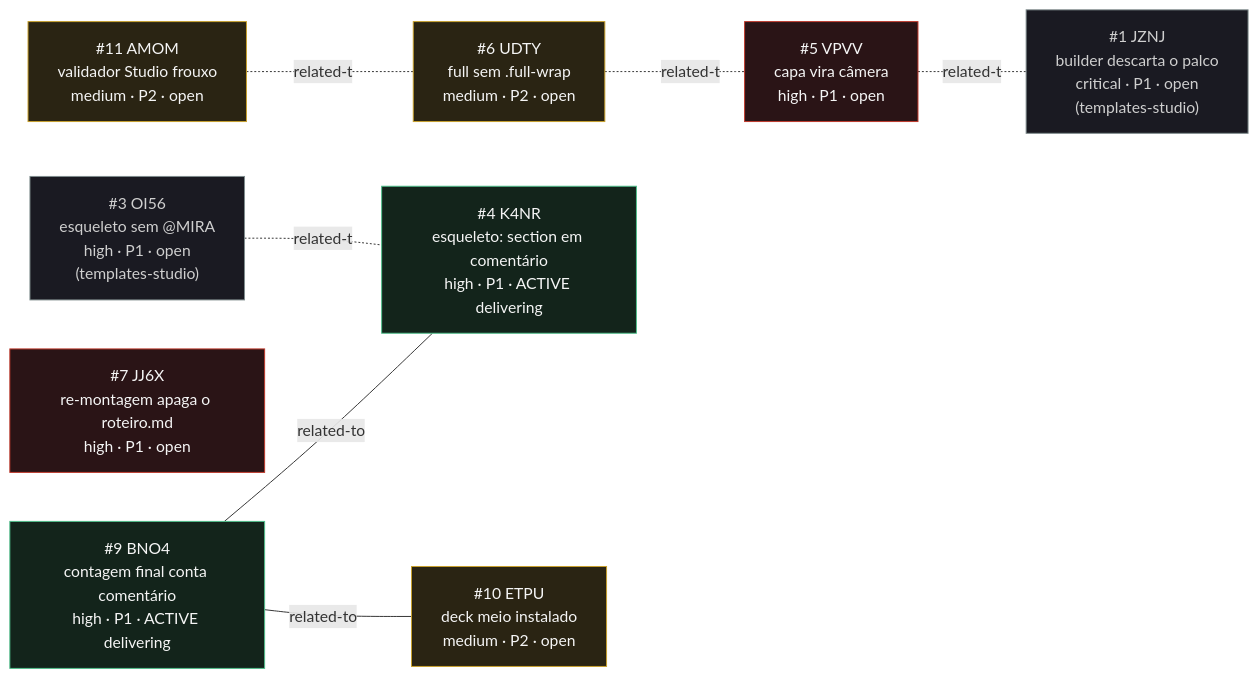
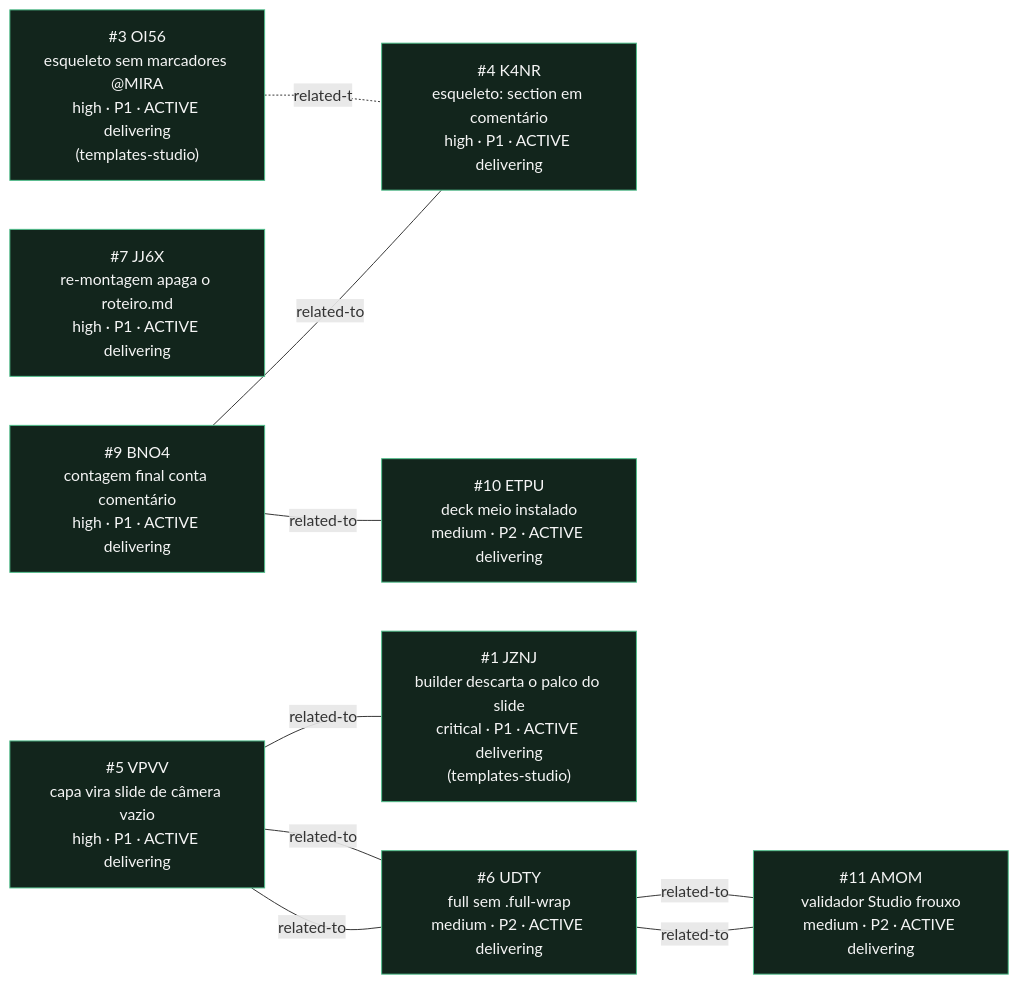
The diagram in _reversa_bugs/mira-fast/generated/graph.md (sandeco/mira-animator), drawn with Mermaid before and after one commit. The commit also changed other lines of this file and 68 other files, not shown here.

First line of the commit message:
fix(mira-fast,templates-studio): corrige os oito bugs abertos do registro

````diff
--- a/_reversa_bugs/mira-fast/generated/graph.md
+++ b/_reversa_bugs/mira-fast/generated/graph.md
@@ -10,28 +7,35 @@
 ```mermaid
 graph LR
-  AMOM["#11 AMOM<br/>validador Studio frouxo<br/>medium · P2 · open"]
-  UDTY["#6 UDTY<br/>full sem .full-wrap<br/>medium · P2 · open"]
-  VPVV["#5 VPVV<br/>capa vira câmera<br/>high · P1 · open"]
   K4NR["#4 K4NR<br/>esqueleto: section em comentário<br/>high · P1 · ACTIVE delivering"]
+  VPVV["#5 VPVV<br/>capa vira slide de câmera vazio<br/>high · P1 · ACTIVE delivering"]
+  UDTY["#6 UDTY<br/>full sem .full-wrap<br/>medium · P2 · ACTIVE delivering"]
+  JJ6X["#7 JJ6X<br/>re-montagem apaga o roteiro.md<br/>high · P1 · ACTIVE delivering"]
   BNO4["#9 BNO4<br/>contagem final conta comentário<br/>high · P1 · ACTIVE delivering"]
-  ETPU["#10 ETPU<br/>deck meio instalado<br/>medium · P2 · open"]
-  JJ6X["#7 JJ6X<br/>re-montagem apaga o roteiro.md<br/>high · P1 · open"]
-  JZNJ["#1 JZNJ<br/>builder descarta o palco<br/>critical · P1 · open<br/>(templates-studio)"]
-  OI56["#3 OI56<br/>esqueleto sem @MIRA<br/>high · P1 · open<br/>(templates-studio)"]
+  ETPU["#10 ETPU<br/>deck meio instalado<br/>medium · P2 · ACTIVE delivering"]
+  AMOM["#11 AMOM<br/>validador Studio frouxo<br/>medium · P2 · ACTIVE delivering"]
+  JZNJ["#1 JZNJ<br/>builder descarta o palco do slide<br/>critical · P1 · ACTIVE delivering<br/>(templates-studio)"]
+  OI56["#3 OI56<br/>esqueleto sem marcadores @MIRA<br/>high · P1 · ACTIVE delivering<br/>(templates-studio)"]
 
-  AMOM -.related-to.- UDTY
-  UDTY -.related-to.- VPVV
-  VPVV -.related-to.- JZNJ
+  VPVV ---|related-to| JZNJ
+  VPVV ---|related-to| UDTY
+  UDTY ---|related-to| VPVV
+  UDTY ---|related-to| AMOM
   BNO4 ---|related-to| K4NR
   BNO4 ---|related-to| ETPU
+  AMOM ---|related-to| UDTY
   OI56 -.related-to.- K4NR
 
+  classDef critico fill:#2a1014,stroke:#e05260,color:#f5f5f5
   classDef aberto fill:#2a1416,stroke:#c0392b,color:#f5f5f5
   classDef medio fill:#2a2413,stroke:#c8a02c,color:#f5f5f5
-  classDef entregando fill:#13241b,stroke:#4fbf8b,color:#f5f5f5
-  classDef externo fill:#1a1a22,stroke:#7f8c8d,color:#cfcfcf
-  class VPVV,JJ6X aberto
-  class AMOM,UDTY,ETPU medio
-  class K4NR,BNO4 entregando
-  class JZNJ,OI56 externo
+  classDef entregando fill:#12251c,stroke:#4fbf8b,color:#f5f5f5
+  class K4NR entregando
+  class VPVV entregando
+  class UDTY entregando
+  class JJ6X entregando
+  class BNO4 entregando
+  class ETPU entregando
+  class AMOM entregando
+  class JZNJ entregando
+  class OI56 entregando
 ```
````
